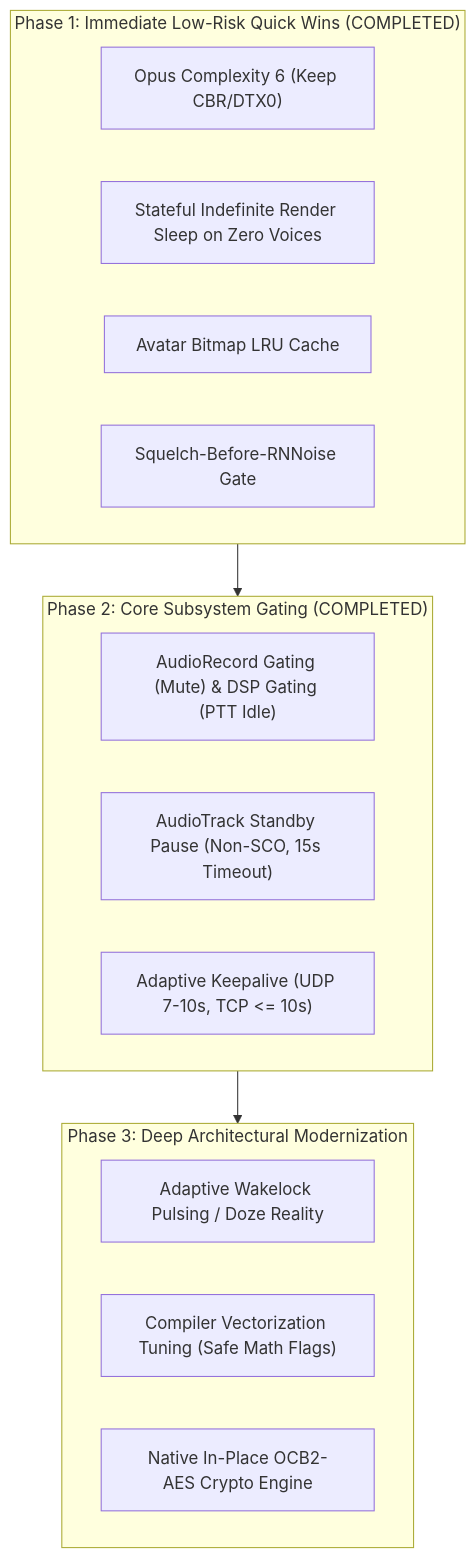
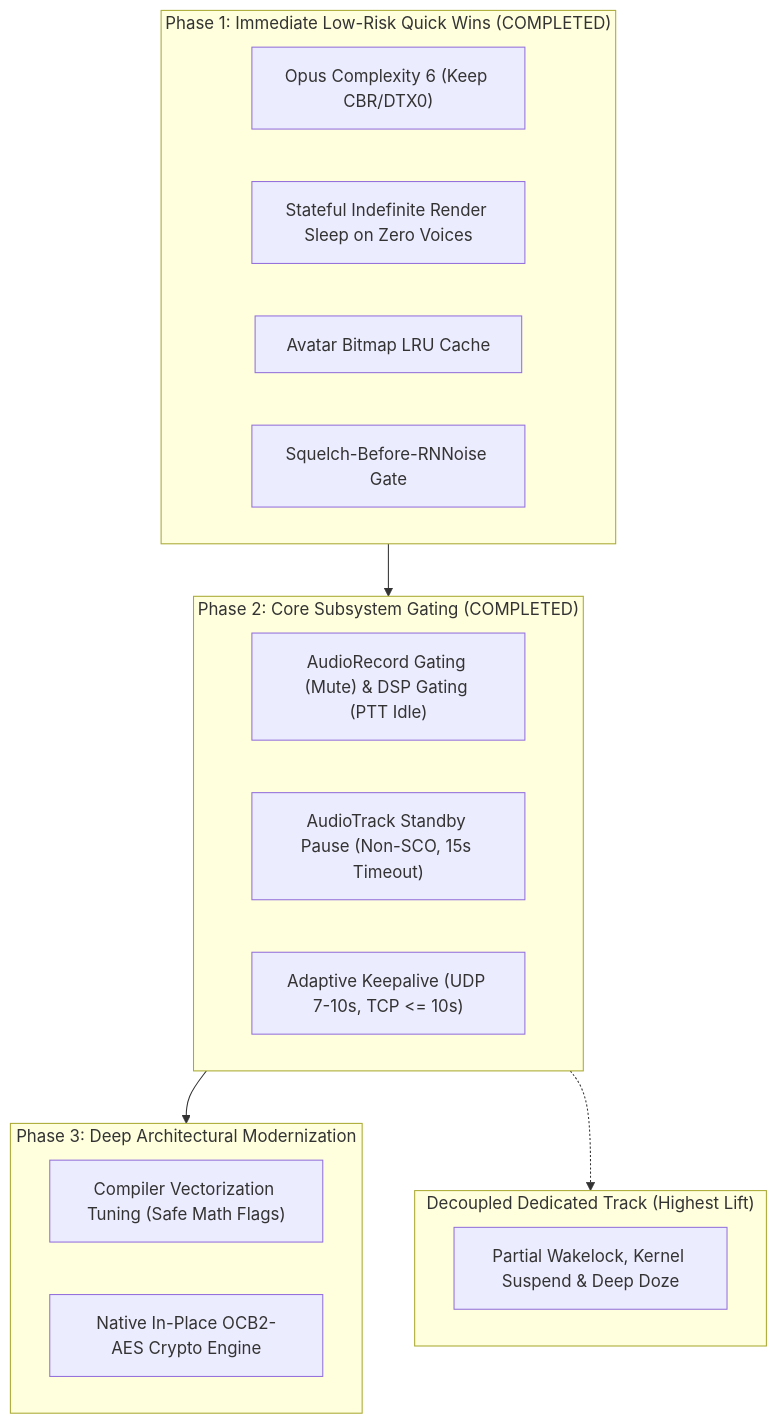
One commit to 360ied/mumla-oled changed the diagram in docs/power-draw-optimizations/remediation-plan.md. Above: the diagram before and after it, drawn with Mermaid. The commit also changed other lines of this file and 2 other files, not shown here.

````diff
--- a/docs/power-draw-optimizations/remediation-plan.md
+++ b/docs/power-draw-optimizations/remediation-plan.md
@@ -28,24 +28,28 @@
 ```mermaid
 flowchart TD
     subgraph Phase1 ["Phase 1: Immediate Low-Risk Quick Wins (COMPLETED)"]
         P1_Opus["Opus Complexity 6 (Keep CBR/DTX0)"]
         P1_RenderWait["Stateful Indefinite Render Sleep on Zero Voices"]
         P1_AvatarCache["Avatar Bitmap LRU Cache"]
         P1_SquelchGate["Squelch-Before-RNNoise Gate"]
     end
 
     subgraph Phase2 ["Phase 2: Core Subsystem Gating (COMPLETED)"]
         P2_CaptureGate["AudioRecord Gating (Mute) & DSP Gating (PTT Idle)"]
         P2_AudioTrackPause["AudioTrack Standby Pause (Non-SCO, 15s Timeout)"]
         P2_AdaptivePing["Adaptive Keepalive (UDP 7-10s, TCP <= 10s)"]
     end
 
     subgraph Phase3 ["Phase 3: Deep Architectural Modernization"]
-        P3_Wakelock["Adaptive Wakelock Pulsing / Doze Reality"]
         P3_SIMD["Compiler Vectorization Tuning (Safe Math Flags)"]
         P3_NativeCrypto["Native In-Place OCB2-AES Crypto Engine"]
     end
 
+    subgraph DecoupledTrack ["Decoupled Dedicated Track (Highest Lift)"]
+        Track_Wakelock["Partial Wakelock, Kernel Suspend & Deep Doze"]
+    end
+
     Phase1 --> Phase2
     Phase2 --> Phase3
+    Phase2 -.-> DecoupledTrack
 ```
````
